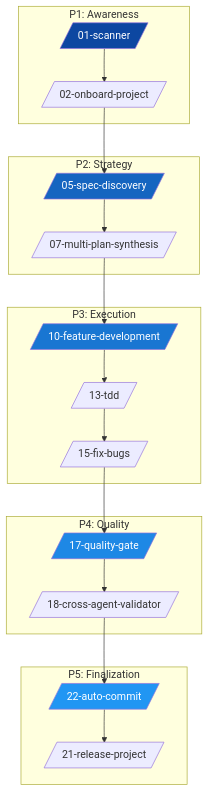
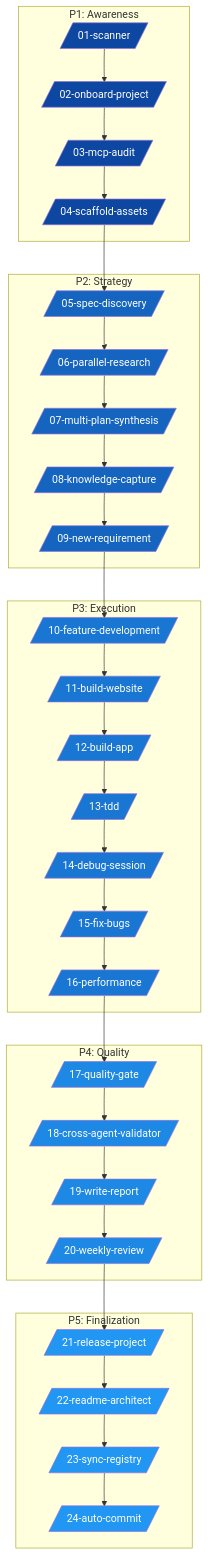
Before and after one commit to FartinCat/Antigravity-Agent: the diagram in README.md, drawn with Mermaid. The commit also changed other lines of this file and 7 other files, not shown here.

````diff
--- a/README.md
+++ b/README.md
@@ -58,34 +58,90 @@
 ```mermaid
 graph TD
     subgraph P1: Awareness
-    A1[/01-scanner/] --> A2[/02-onboard-project/]
-    end
-    
-    subgraph P2: Strategy
-    S1[/05-spec-discovery/] --> S2[/07-multi-plan-synthesis/]
-    end
-    
-    subgraph P3: Execution
-    E1[/10-feature-development/] --> E2[/13-tdd/]
-    E2 --> E3[/15-fix-bugs/]
-    end
-    
-    subgraph P4: Quality
-    Q1[/17-quality-gate/] --> Q2[/18-cross-agent-validator/]
-    end
-    
-    subgraph P5: Finalization
-    F1[/22-auto-commit/] --> F2[/21-release-project/]
+    SCANNER[/01-scanner/]
+    ONBOARDPROJECT[/02-onboard-project/]
+    SCANNER --> ONBOARDPROJECT
+    MCPAUDIT[/03-mcp-audit/]
+    ONBOARDPROJECT --> MCPAUDIT
+    SCAFFOLDASSETS[/04-scaffold-assets/]
+    MCPAUDIT --> SCAFFOLDASSETS
     end
 
-    A2 --> S1
-    S2 --> E1
-    E3 --> Q1
-    Q2 --> F1
-    
-    style A1 fill:#0d47a1,color:#fff
-    style S1 fill:#1565c0,color:#fff
-    style E1 fill:#1976d2,color:#fff
-    style Q1 fill:#1e88e5,color:#fff
-    style F1 fill:#2196f3,color:#fff
+    subgraph P2: Strategy
+    SPECDISCOVERY[/05-spec-discovery/]
+    PARALLELRESEARCH[/06-parallel-research/]
+    SPECDISCOVERY --> PARALLELRESEARCH
+    MULTIPLANSYNTHESIS[/07-multi-plan-synthesis/]
+    PARALLELRESEARCH --> MULTIPLANSYNTHESIS
+    KNOWLEDGECAPTURE[/08-knowledge-capture/]
+    MULTIPLANSYNTHESIS --> KNOWLEDGECAPTURE
+    NEWREQUIREMENT[/09-new-requirement/]
+    KNOWLEDGECAPTURE --> NEWREQUIREMENT
+    end
+
+    subgraph P3: Execution
+    FEATUREDEVELOPMENT[/10-feature-development/]
+    05ABUILDWEBSITE[/11-build-website/]
+    FEATUREDEVELOPMENT --> 05ABUILDWEBSITE
+    05BBUILDAPP[/12-build-app/]
+    05ABUILDWEBSITE --> 05BBUILDAPP
+    TDD[/13-tdd/]
+    05BBUILDAPP --> TDD
+    DEBUGSESSION[/14-debug-session/]
+    TDD --> DEBUGSESSION
+    FIXBUGS[/15-fix-bugs/]
+    DEBUGSESSION --> FIXBUGS
+    PERFORMANCE[/16-performance/]
+    FIXBUGS --> PERFORMANCE
+    end
+
+    subgraph P4: Quality
+    QUALITYGATE[/17-quality-gate/]
+    CROSSAGENTVALIDATOR[/18-cross-agent-validator/]
+    QUALITYGATE --> CROSSAGENTVALIDATOR
+    WRITEREPORT[/19-write-report/]
+    CROSSAGENTVALIDATOR --> WRITEREPORT
+    WEEKLYREVIEW[/20-weekly-review/]
+    WRITEREPORT --> WEEKLYREVIEW
+    end
+
+    subgraph P5: Finalization
+    RELEASEPROJECT[/21-release-project/]
+    READMEARCHITECT[/22-readme-architect/]
+    RELEASEPROJECT --> READMEARCHITECT
+    SYNCREGISTRY[/23-sync-registry/]
+    READMEARCHITECT --> SYNCREGISTRY
+    AUTOCOMMIT[/24-auto-commit/]
+    SYNCREGISTRY --> AUTOCOMMIT
+    end
+
+    SCAFFOLDASSETS --> SPECDISCOVERY
+    NEWREQUIREMENT --> FEATUREDEVELOPMENT
+    PERFORMANCE --> QUALITYGATE
+    WEEKLYREVIEW --> RELEASEPROJECT
+
+    style SCANNER fill:#0d47a1,color:#fff
+    style ONBOARDPROJECT fill:#0d47a1,color:#fff
+    style MCPAUDIT fill:#0d47a1,color:#fff
+    style SCAFFOLDASSETS fill:#0d47a1,color:#fff
+    style SPECDISCOVERY fill:#1565c0,color:#fff
+    style PARALLELRESEARCH fill:#1565c0,color:#fff
+    style MULTIPLANSYNTHESIS fill:#1565c0,color:#fff
+    style KNOWLEDGECAPTURE fill:#1565c0,color:#fff
+    style NEWREQUIREMENT fill:#1565c0,color:#fff
+    style FEATUREDEVELOPMENT fill:#1976d2,color:#fff
+    style 05ABUILDWEBSITE fill:#1976d2,color:#fff
+    style 05BBUILDAPP fill:#1976d2,color:#fff
+    style TDD fill:#1976d2,color:#fff
+    style DEBUGSESSION fill:#1976d2,color:#fff
+    style FIXBUGS fill:#1976d2,color:#fff
+    style PERFORMANCE fill:#1976d2,color:#fff
+    style QUALITYGATE fill:#1e88e5,color:#fff
+    style CROSSAGENTVALIDATOR fill:#1e88e5,color:#fff
+    style WRITEREPORT fill:#1e88e5,color:#fff
+    style WEEKLYREVIEW fill:#1e88e5,color:#fff
+    style RELEASEPROJECT fill:#2196f3,color:#fff
+    style READMEARCHITECT fill:#2196f3,color:#fff
+    style SYNCREGISTRY fill:#2196f3,color:#fff
+    style AUTOCOMMIT fill:#2196f3,color:#fff
 ```
````
